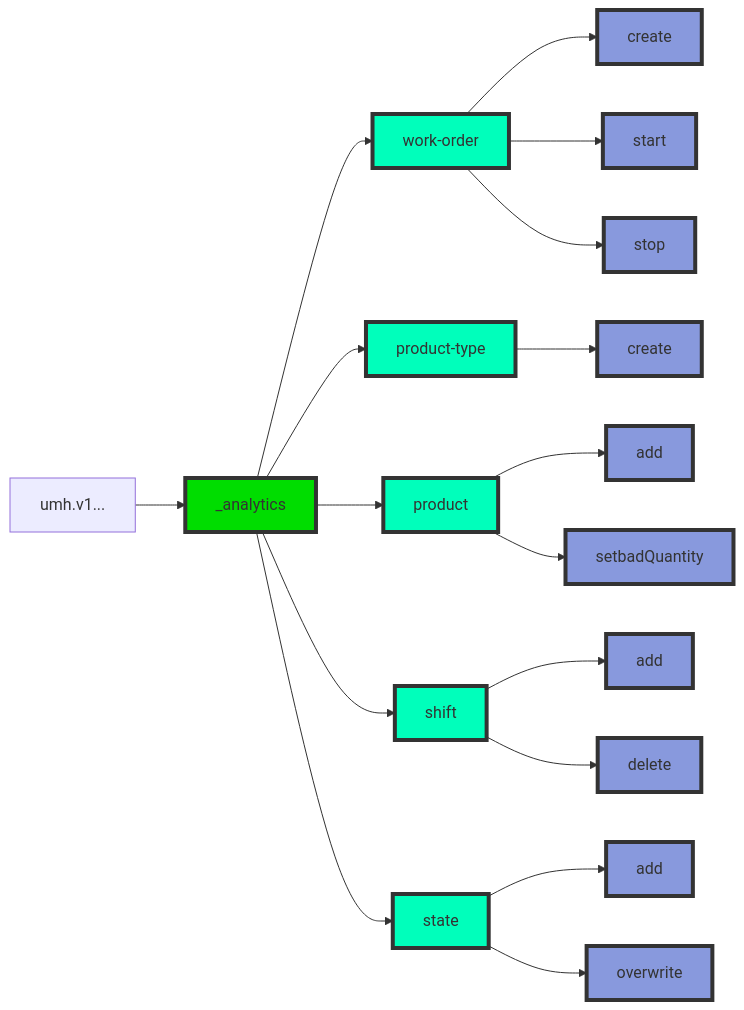
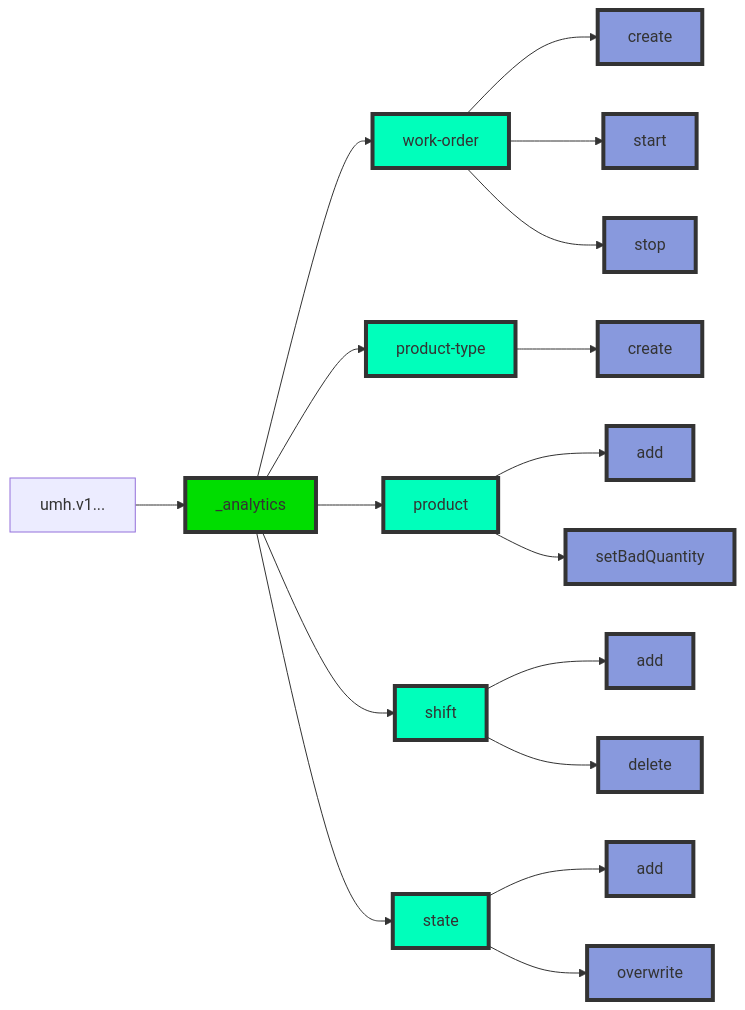
The diagram in umh.docs.umh.app/content/en/docs/datamodel/messages/_analytics.md (united-manufacturing-hub/umh.docs.umh.app), drawn with Mermaid before and after one commit. The commit also changed 1 other file, not shown here.

Commit message:
fix: added setBadQuantity to valid tags

```diff
--- a/umh.docs.umh.app/content/en/docs/datamodel/messages/_analytics.md
+++ b/umh.docs.umh.app/content/en/docs/datamodel/messages/_analytics.md
@@ -10,58 +10,58 @@
 {{<mermaid theme="neutral" >}}
 flowchart LR
 topicStart["umh.v1..."] --> _analytics
 
 
 _analytics --> wo[work-order]
 wo --> wo-create[create]
 wo --> wo-start[start]
 wo --> wo-stop[stop]
 
 
 _analytics --> pt[product-type]
 pt --> pt-create[create]
 
 _analytics --> p[product]
 p --> p-add[add]
-p --> p-set-bad-quantity[setbadQuantity]
+p --> p-set-bad-quantity[setBadQuantity]
 
 _analytics --> s[shift]
 s --> s-add[add]
 s --> s-delete[delete]
 
 _analytics --> st[state]
 st --> st-add[add]
 st --> st-overwrite[overwrite]
 
 
     classDef mqtt fill:#00dd00,stroke:#333,stroke-width:4px;
     class umh,v1,enterprise,_analytics mqtt;
 
     classDef type fill:#00ffbb,stroke:#333,stroke-width:4px;
     class wo,pt,p,s,st type;
 
     classDef func fill:#8899dd,stroke:#333,stroke-width:4px;
     class wo-create,wo-start,wo-stop,pt-create,p-add,p-set-bad-quantity,s-add,s-delete,st-add,st-overwrite func;
 
     click topicStart href "../"
     click wo href "#work-order"
     click pt href "#product-type"
     click p href "#product"
     click s href "#shift"
 
     click wo-create href "#create"
     click wo-start href "#start"
     click wo-stop href "#stop"
 
     click pt-create href "#create-1"
 
     click p-add href "#add"
     click p-set-bad-quantity href "#set-bad-quantity"
 
     click s-add href "#add-1"
     click s-delete href "#delete"
 
     click st-add href "#add-2"
     click st-overwrite href "#overwrite"
 
 {{</ mermaid >}}
```
